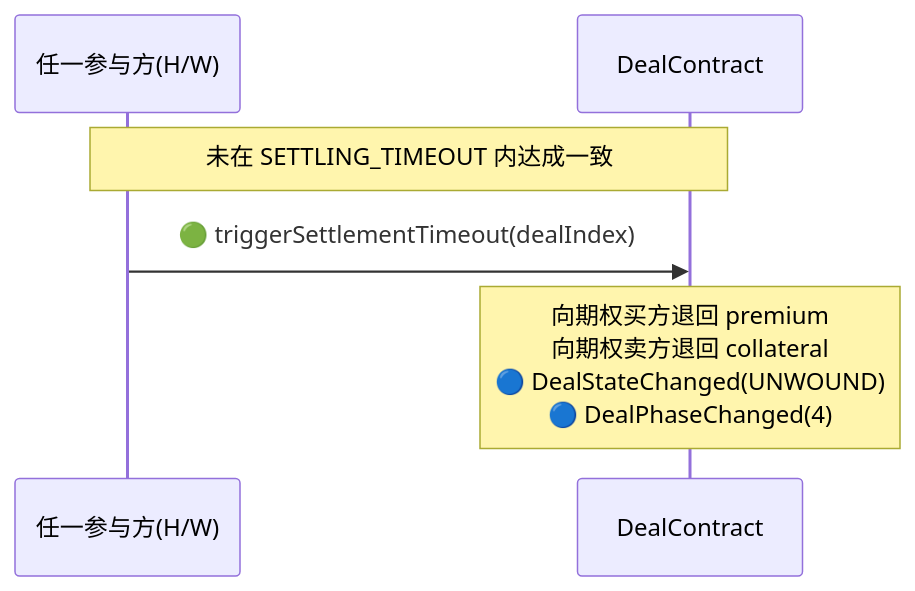
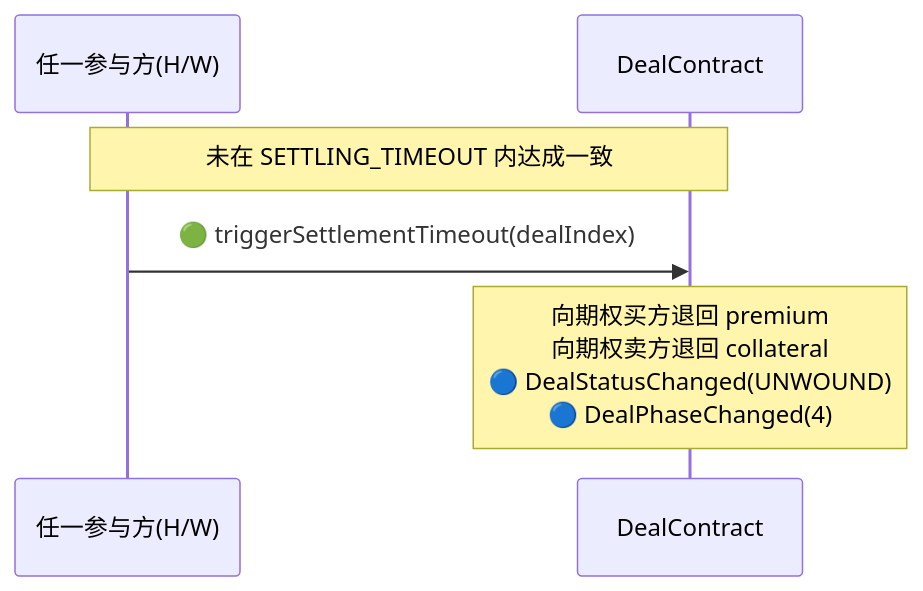
One commit to synctxai/synctx changed the seventh of 7 diagrams in examples/european-option/european-option-design.md. Above: the diagram before and after it, drawn with Mermaid. The commit also changed other lines of this file and 8 other files, not shown here.

First line of the commit message:
rename DealStateChanged to DealStatusChanged for consistency with DealStatus

````diff
--- a/examples/european-option/european-option-design.md
+++ b/examples/european-option/european-option-design.md
@@ -348,9 +348,9 @@
 ```mermaid
 sequenceDiagram
     participant P as 任一参与方(H/W)
     participant D as DealContract
 
     Note over P,D: 未在 SETTLING_TIMEOUT 内达成一致
     P->>D: 🟢 triggerSettlementTimeout(dealIndex)
-    Note over D: 向期权买方退回 premium<br/>向期权卖方退回 collateral<br/>🔵 DealStateChanged(UNWOUND)<br/>🔵 DealPhaseChanged(4)
+    Note over D: 向期权买方退回 premium<br/>向期权卖方退回 collateral<br/>🔵 DealStatusChanged(UNWOUND)<br/>🔵 DealPhaseChanged(4)
 ```
````
